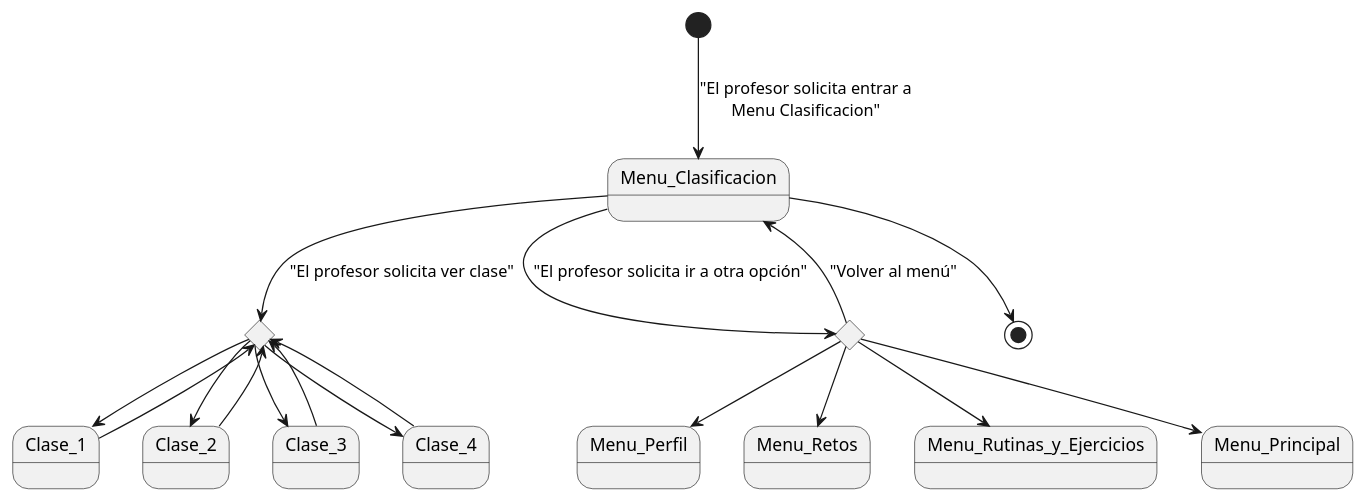
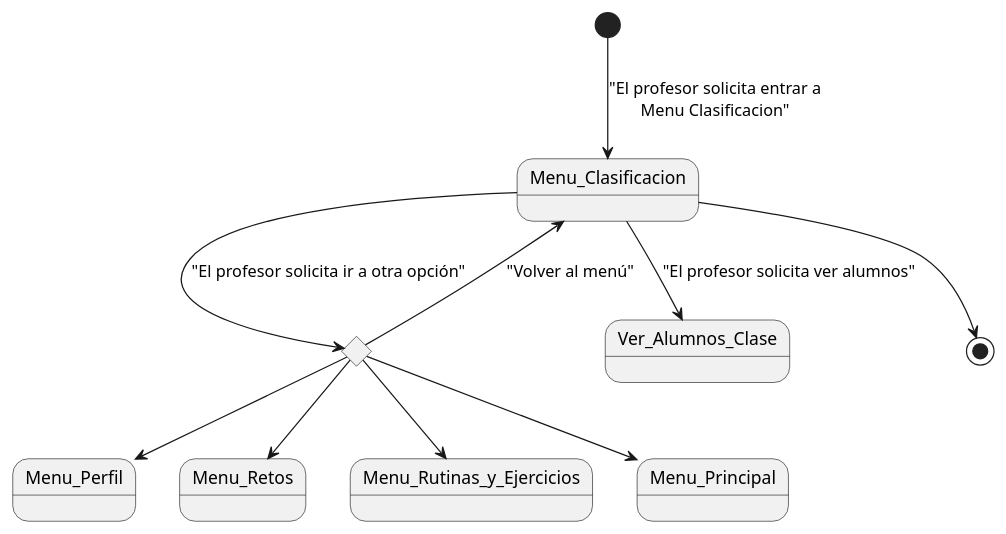
The diagram in Documentos/DetallarCasosDeUso/MenuClasificacion.puml (mmasias/24-25-IdSw1-SDR), drawn with PlantUML before and after one commit. The commit also changed 1 other file, not shown here.

```diff
--- a/Documentos/DetallarCasosDeUso/MenuClasificacion.puml
+++ b/Documentos/DetallarCasosDeUso/MenuClasificacion.puml
@@ -1,35 +1,24 @@
 @startuml
 state Menu_Clasificacion
 state rombo1 <<choice>>
-state rombo2 <<choice>>
-state Clase_1
-state Clase_2
-state Clase_3
-state Clase_4
+state Ver_Alumnos_Clase
 state Menu_Perfil
 state Menu_Retos
 state Menu_Rutinas_y_Ejercicios
 state Menu_Principal
 
 [*] --> Menu_Clasificacion : "El profesor solicita entrar a\nMenu Clasificacion"
 
-Menu_Clasificacion --> rombo1 : "El profesor solicita ver clase"
-rombo1 --> Clase_1
-rombo1 --> Clase_2
-Clase_1 --> rombo1
-Clase_2 --> rombo1
-rombo1 --> Clase_3
-Clase_3 --> rombo1
-rombo1 --> Clase_4
-Clase_4 --> rombo1
+Menu_Clasificacion --> Ver_Alumnos_Clase : "El profesor solicita ver alumnos"
 
 
-Menu_Clasificacion --> rombo2 : "El profesor solicita ir a otra opción"
-rombo2 --> Menu_Perfil
-rombo2 --> Menu_Retos
-rombo2 --> Menu_Rutinas_y_Ejercicios
-rombo2 --> Menu_Principal
-rombo2 --> Menu_Clasificacion : "Volver al menú"
+
+Menu_Clasificacion --> rombo1 : "El profesor solicita ir a otra opción"
+rombo1 --> Menu_Perfil
+rombo1 --> Menu_Retos
+rombo1 --> Menu_Rutinas_y_Ejercicios
+rombo1 --> Menu_Principal
+rombo1 --> Menu_Clasificacion : "Volver al menú"
 
 Menu_Clasificacion --> [*]
 @enduml
```
